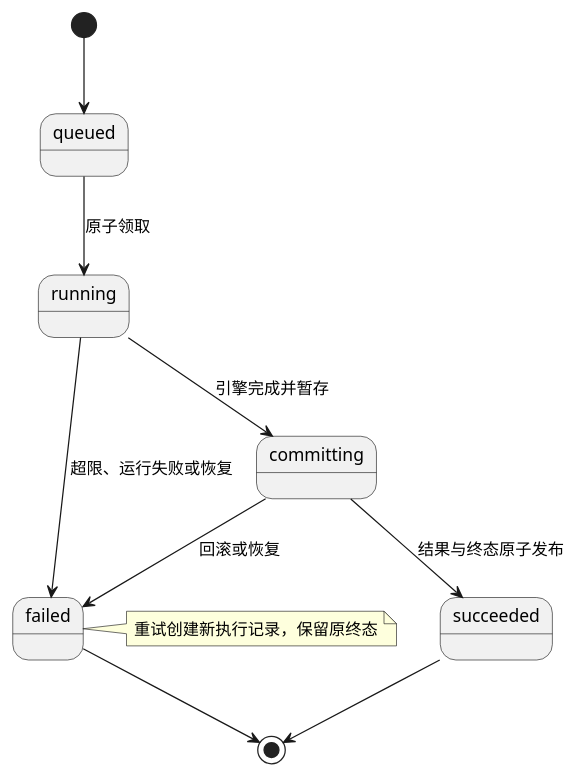
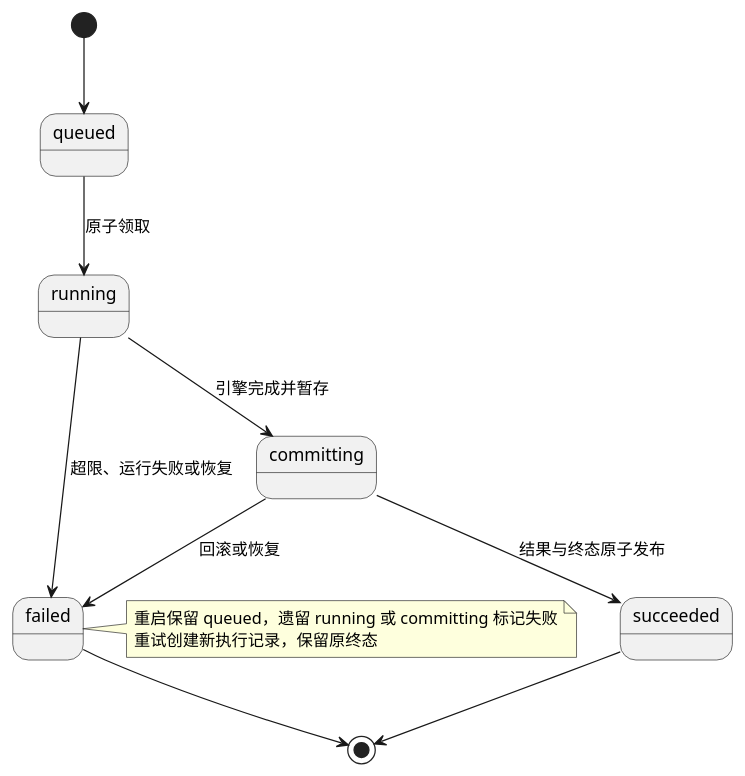
One commit to Double-Cloth/NetSentinel changed the diagram in models/state-task.puml. Above: the diagram before and after it, drawn with PlantUML. The commit also changed 17 other files, not shown here.

```diff
--- a/models/state-task.puml
+++ b/models/state-task.puml
@@ -1,14 +1,15 @@
 @startuml
 skinparam defaultFontName Microsoft YaHei
 [*] --> queued
 queued --> running : 原子领取
 running --> committing : 引擎完成并暂存
 running --> failed : 超限、运行失败或恢复
 committing --> succeeded : 结果与终态原子发布
 committing --> failed : 回滚或恢复
 failed --> [*]
 succeeded --> [*]
 note right of failed
+重启保留 queued，遗留 running 或 committing 标记失败
 重试创建新执行记录，保留原终态
 end note
 @enduml
```
